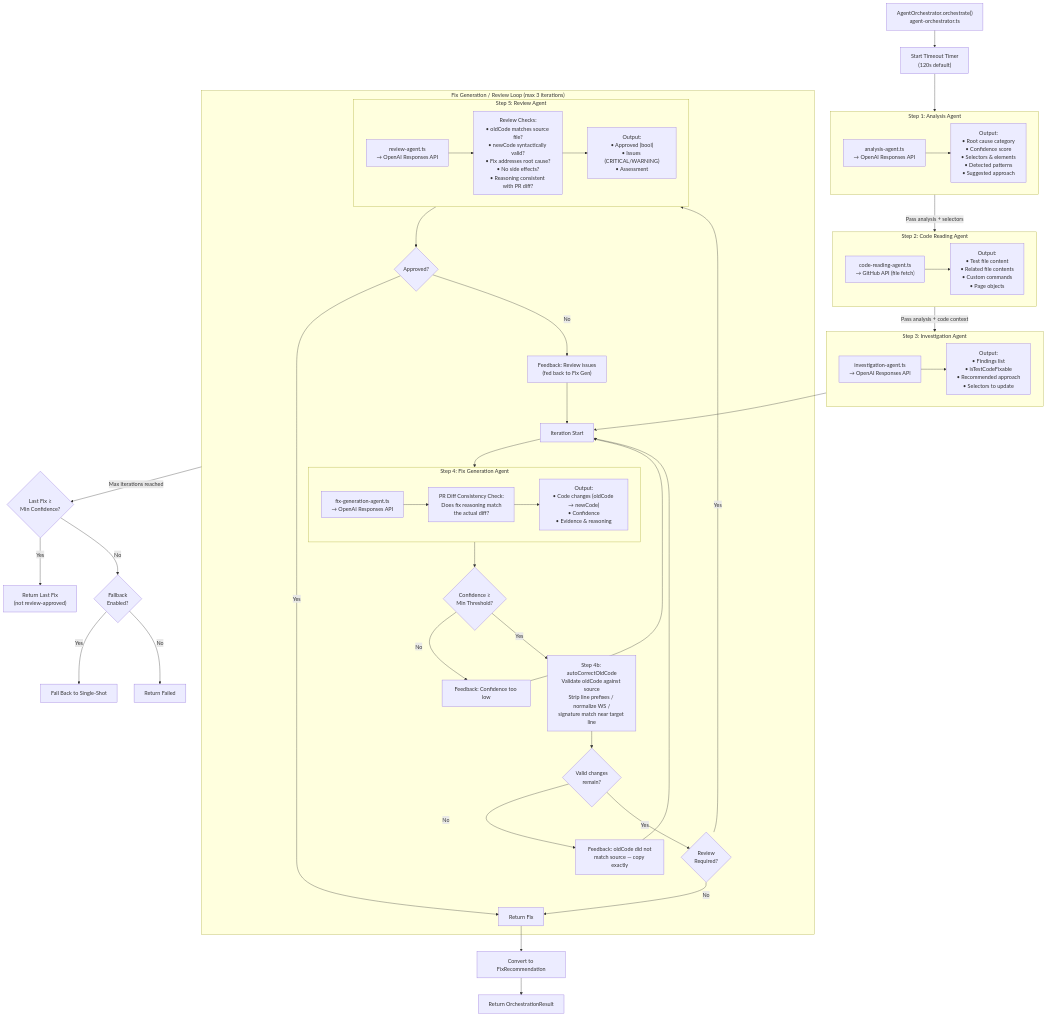
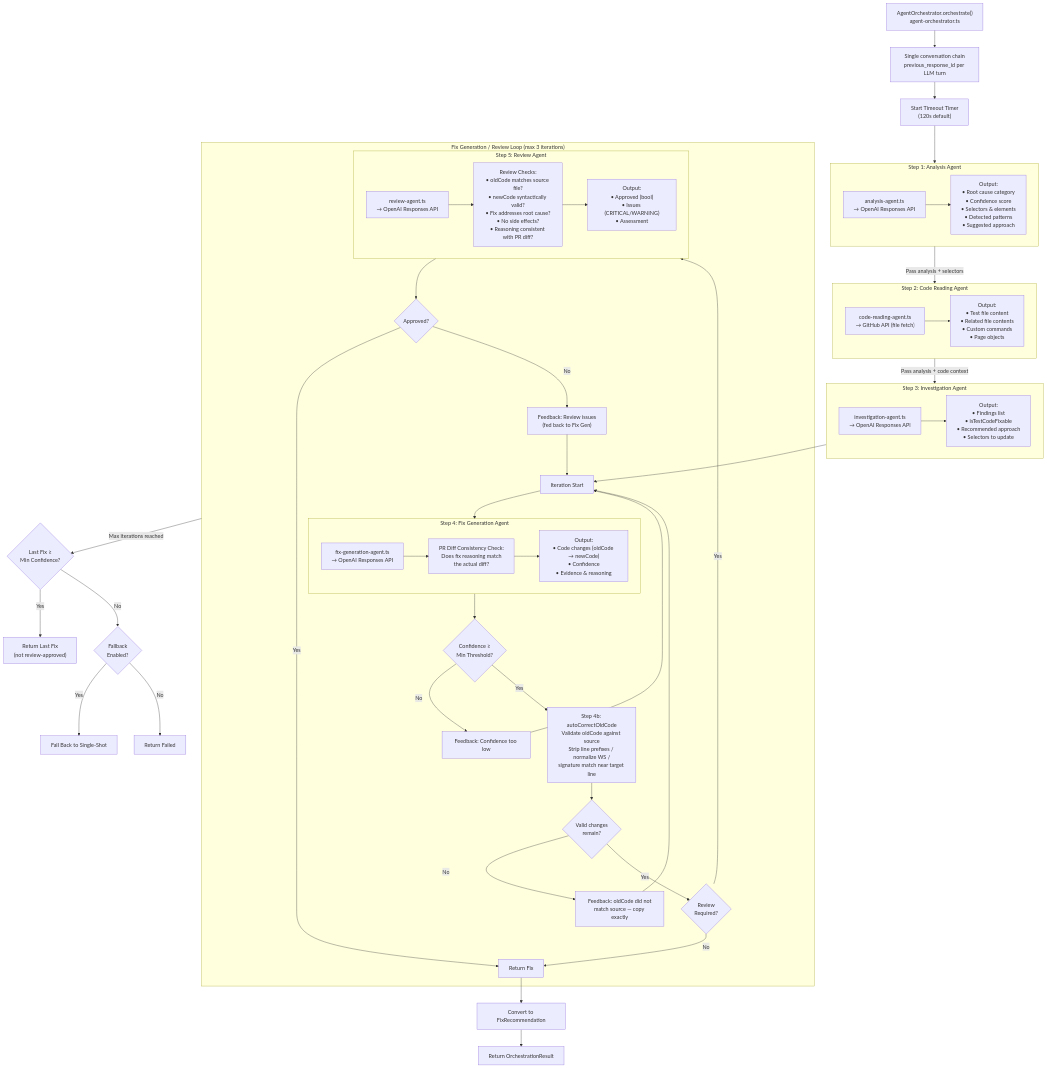
One commit to adept-at/adept-triage-agent changed the second of 6 diagrams in docs/agent-workflow-flowchart.md. Above: the diagram before and after it, drawn with Mermaid. The commit also changed other lines of this file and 6 other files, not shown here.

First line of the commit message:
docs+tests: update for conversation chaining architecture

````diff
--- a/docs/agent-workflow-flowchart.md
+++ b/docs/agent-workflow-flowchart.md
@@ -65,72 +67,73 @@
 ```mermaid
 flowchart TB
-    START["AgentOrchestrator.orchestrate()<br/>agent-orchestrator.ts"] --> TIMEOUT["Start Timeout Timer<br/>(120s default)"]
+    START["AgentOrchestrator.orchestrate()<br/>agent-orchestrator.ts"] --> CONV["Single conversation chain<br/>previous_response_id per LLM turn"]
+    CONV --> TIMEOUT["Start Timeout Timer<br/>(120s default)"]
 
     TIMEOUT --> STEP1
 
     subgraph STEP1["Step 1: Analysis Agent"]
         AA["analysis-agent.ts<br/>→ OpenAI Responses API"]
         AA --> AA_OUT["Output:<br/>• Root cause category<br/>• Confidence score<br/>• Selectors & elements<br/>• Detected patterns<br/>• Suggested approach"]
     end
 
     STEP1 -->|Pass analysis + selectors| STEP2
 
     subgraph STEP2["Step 2: Code Reading Agent"]
         CRA["code-reading-agent.ts<br/>→ GitHub API (file fetch)"]
         CRA --> CRA_OUT["Output:<br/>• Test file content<br/>• Related file contents<br/>• Custom commands<br/>• Page objects"]
     end
 
     STEP2 -->|Pass analysis + code context| STEP3
 
     subgraph STEP3["Step 3: Investigation Agent"]
         IA["investigation-agent.ts<br/>→ OpenAI Responses API"]
         IA --> IA_OUT["Output:<br/>• Findings list<br/>• isTestCodeFixable<br/>• Recommended approach<br/>• Selectors to update"]
     end
 
     STEP3 --> LOOP_START
 
     subgraph LOOP["Fix Generation / Review Loop (max 3 iterations)"]
         LOOP_START["Iteration Start"]
         LOOP_START --> STEP4
 
         subgraph STEP4["Step 4: Fix Generation Agent"]
             FGA["fix-generation-agent.ts<br/>→ OpenAI Responses API"]
             FGA --> DIFF_CHECK["PR Diff Consistency Check:<br/>Does fix reasoning match<br/>the actual diff?"]
             DIFF_CHECK --> FGA_OUT["Output:<br/>• Code changes (oldCode → newCode)<br/>• Confidence<br/>• Evidence & reasoning"]
         end
 
         STEP4 --> CONF_CHECK{Confidence ≥<br/>Min Threshold?}
         CONF_CHECK -->|No| FEEDBACK1["Feedback: Confidence too low"]
         FEEDBACK1 --> LOOP_START
 
         CONF_CHECK -->|Yes| AUTO_CORRECT["Step 4b: autoCorrectOldCode<br/>Validate oldCode against source<br/>Strip line prefixes / normalize WS /<br/>signature match near target line"]
         AUTO_CORRECT --> CHANGES_LEFT{Valid changes<br/>remain?}
         CHANGES_LEFT -->|No| FEEDBACK_AC["Feedback: oldCode did not<br/>match source — copy exactly"]
         FEEDBACK_AC --> LOOP_START
 
         CHANGES_LEFT -->|Yes| REVIEW_CHECK{Review<br/>Required?}
         REVIEW_CHECK -->|No| RETURN_FIX["Return Fix"]
 
         REVIEW_CHECK -->|Yes| STEP5
 
         subgraph STEP5["Step 5: Review Agent"]
             RA["review-agent.ts<br/>→ OpenAI Responses API"]
             RA --> RA_CHECKS["Review Checks:<br/>• oldCode matches source file?<br/>• newCode syntactically valid?<br/>• Fix addresses root cause?<br/>• No side effects?<br/>• Reasoning consistent with PR diff?"]
             RA_CHECKS --> RA_OUT["Output:<br/>• Approved (bool)<br/>• Issues (CRITICAL/WARNING)<br/>• Assessment"]
         end
 
         STEP5 --> APPROVED{Approved?}
         APPROVED -->|Yes| RETURN_FIX
         APPROVED -->|No| FEEDBACK2["Feedback: Review issues<br/>(fed back to Fix Gen)"]
         FEEDBACK2 --> LOOP_START
     end
 
     RETURN_FIX --> CONVERT["Convert to FixRecommendation"]
     CONVERT --> DONE["Return OrchestrationResult"]
 
     LOOP -->|Max iterations reached| BEST_FIX{Last Fix ≥<br/>Min Confidence?}
     BEST_FIX -->|Yes| RETURN_BEST["Return Last Fix<br/>(not review-approved)"]
     BEST_FIX -->|No| FALLBACK{Fallback<br/>Enabled?}
     FALLBACK -->|Yes| SINGLE["Fall Back to Single-Shot"]
     FALLBACK -->|No| FAIL["Return Failed"]
 ```
````
